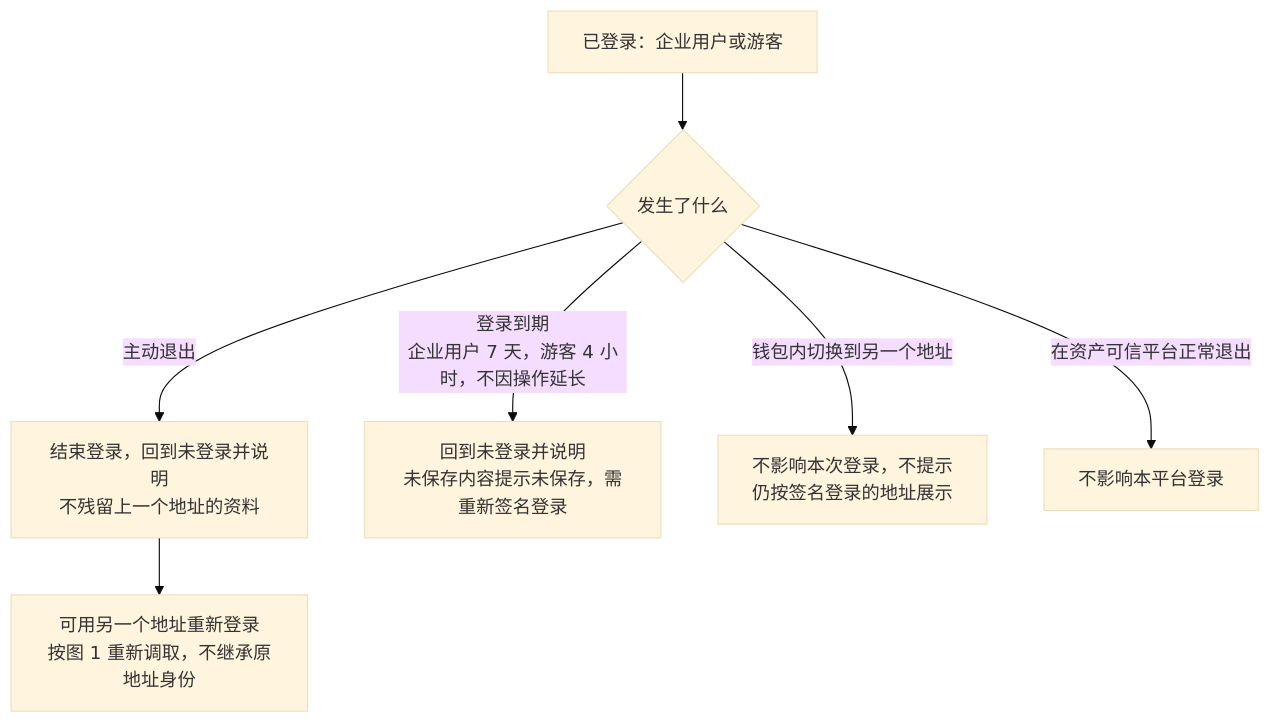
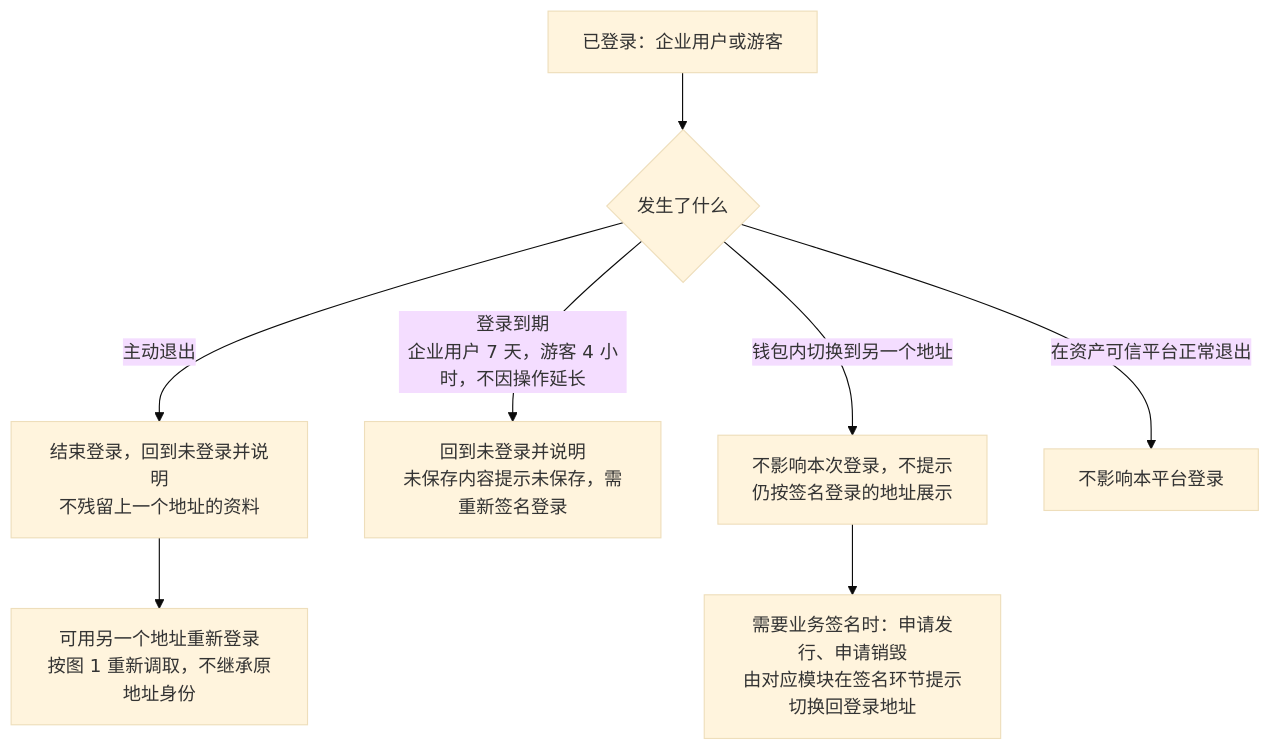
The second of 8 diagrams in token-issuance-platform/PRD/面客端/M1-企业登录与企业账户/02-企业登录与企业账户-流程图与状态机.md (wxblockchain/Chain-Financing), drawn with Mermaid (base theme) before and after one commit. The commit also changed other lines of this file and 32 other files, not shown here.

````diff
--- a/token-issuance-platform/PRD/面客端/M1-企业登录与企业账户/02-企业登录与企业账户-流程图与状态机.md
+++ b/token-issuance-platform/PRD/面客端/M1-企业登录与企业账户/02-企业登录与企业账户-流程图与状态机.md
@@ -53,9 +53,10 @@
 ```mermaid
 flowchart TD
     A[已登录：企业用户或游客] --> B{发生了什么}
     B -->|主动退出| C[结束登录，回到未登录并说明<br/>不残留上一个地址的资料]
     C --> C1[可用另一个地址重新登录<br/>按图 1 重新调取，不继承原地址身份]
     B -->|登录到期<br/>企业用户 7 天，游客 4 小时，不因操作延长| D[回到未登录并说明<br/>未保存内容提示未保存，需重新签名登录]
     B -->|钱包内切换到另一个地址| E[不影响本次登录，不提示<br/>仍按签名登录的地址展示]
+    E --> E1[需要业务签名时：申请发行、申请销毁<br/>由对应模块在签名环节提示切换回登录地址]
     B -->|在资产可信平台正常退出| J[不影响本平台登录]
 ```
````
